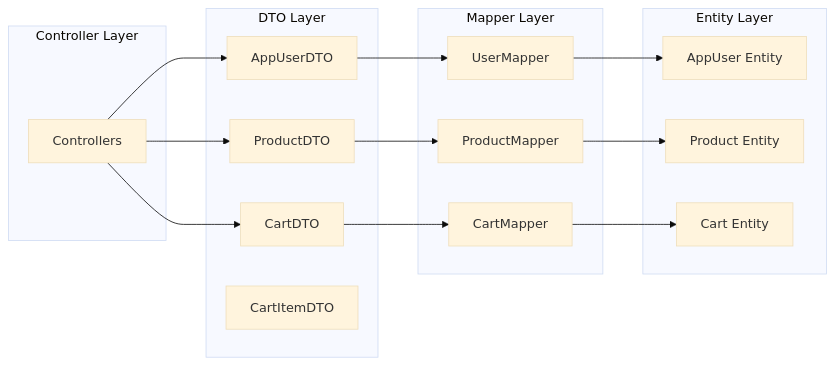
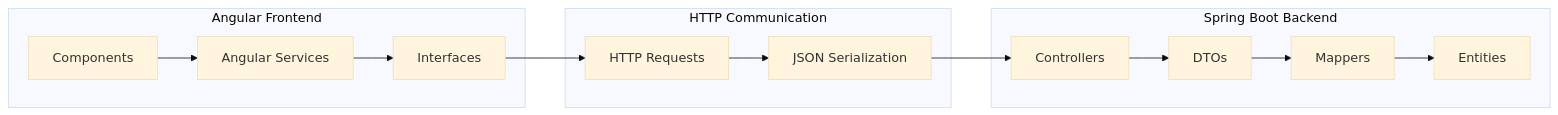
The tenth of 10 diagrams in README.md (ENSET-WEB/Web-Project), drawn with Mermaid (base theme) before and after one commit. The commit also changed other lines of this file and 18 other files, not shown here.

````diff
--- a/README.md
+++ b/README.md
@@ -524,37 +757,29 @@
 ```mermaid
 graph LR
-    subgraph "Controller Layer"
-        C[Controllers]
+    subgraph "Angular Frontend"
+        COMP[Components]
+        SERV[Angular Services]
+        INT[Interfaces]
     end
 
-    subgraph "DTO Layer"
-        UDTO[AppUserDTO]
-        PDTO[ProductDTO]
-        CDTO[CartDTO]
-        CIDTO[CartItemDTO]
+    subgraph "HTTP Communication"
+        HTTP[HTTP Requests]
+        JSON[JSON Serialization]
     end
 
-    subgraph "Mapper Layer"
-        UM[UserMapper]
-        PM[ProductMapper]
-        CM[CartMapper]
+    subgraph "Spring Boot Backend"
+        CTRL[Controllers]
+        DTOS[DTOs]
+        MAP[Mappers]
+        ENT[Entities]
     end
 
-    subgraph "Entity Layer"
-        UE[AppUser Entity]
-        PE[Product Entity]
-        CE[Cart Entity]
-    end
-
-    C --> UDTO
-    C --> PDTO
-    C --> CDTO
-
-    UDTO --> UM
-    PDTO --> PM
-    CDTO --> CM
-
-    UM --> UE
-    PM --> PE
-    CM --> CE
+    COMP --> SERV
+    SERV --> INT
+    INT --> HTTP
+    HTTP --> JSON
+    JSON --> CTRL
+    CTRL --> DTOS
+    DTOS --> MAP
+    MAP --> ENT
 ```
````
